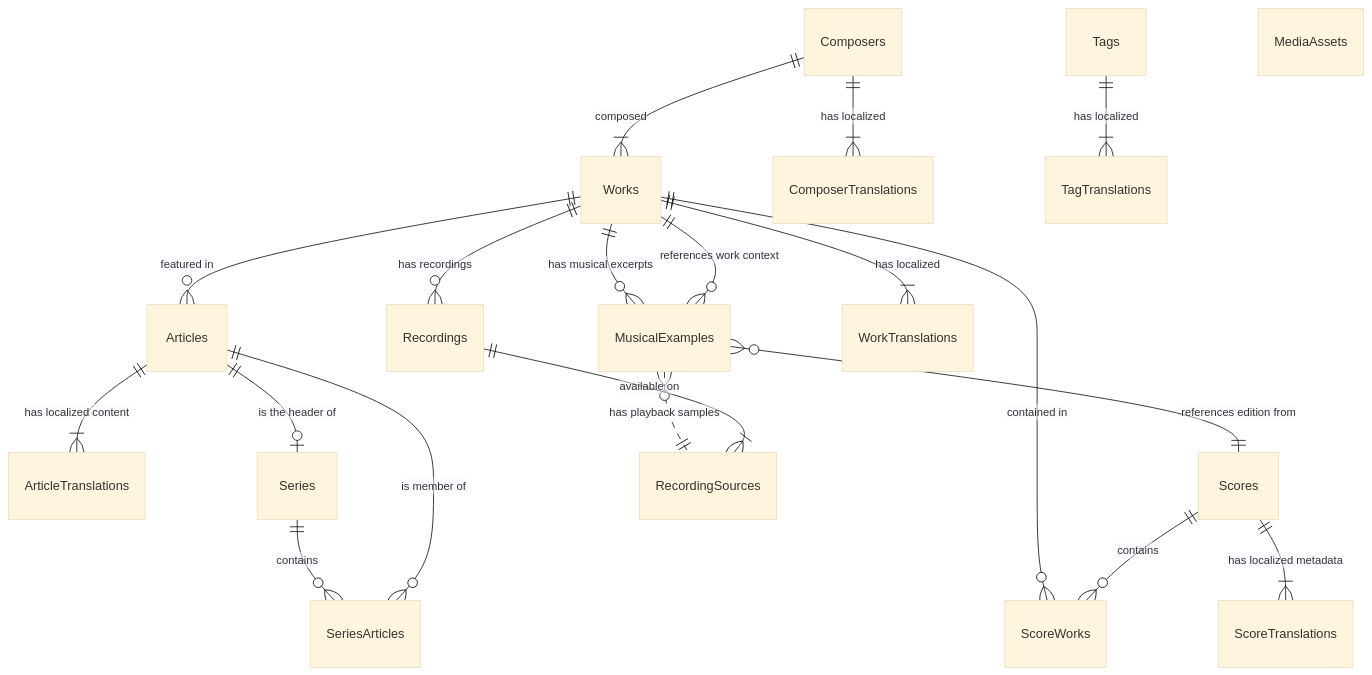
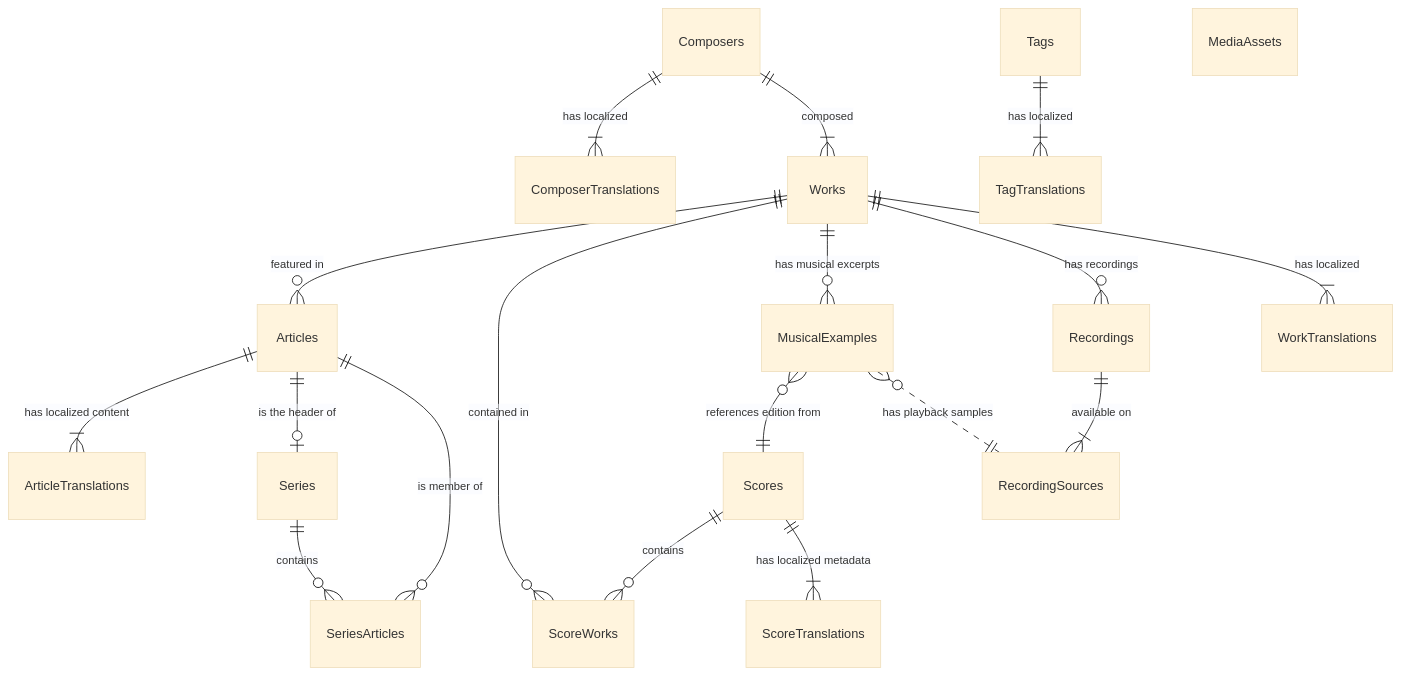
Before and after one commit to preludio-lab/preludio-lab: the first of 3 diagrams in docs/05_design/database-schema.md, drawn with Mermaid (base theme).

Commit message:
docs: ER図のWorks-MusicalExamples間の重複したリレーションを削除

````diff
--- a/docs/05_design/database-schema.md
+++ b/docs/05_design/database-schema.md
@@ -54,27 +54,26 @@
 ```mermaid
 erDiagram
     %% Core Tables: Articles & Series
     Works ||--o{ Articles : "featured in"
     Articles ||--|{ ArticleTranslations : "has localized content"
     Articles ||--o| Series : "is the header of"
     Series ||--o{ SeriesArticles : "contains"
     Articles ||--o{ SeriesArticles : "is member of"
 
     %% Asset Tables: Scores & Recordings
     Works ||--o{ ScoreWorks : "contained in"
     Scores ||--o{ ScoreWorks : "contains"
     Scores ||--|{ ScoreTranslations : "has localized metadata"
     Works ||--o{ MusicalExamples : "has musical excerpts"
     MusicalExamples }o--|| Scores : "references edition from"
-    MusicalExamples }o--|| Works : "references work context"
     MusicalExamples }o..|| RecordingSources : "has playback samples"
     Works ||--o{ Recordings : "has recordings"
     Recordings ||--|{ RecordingSources : "available on"
 
     %% Master Tables: Composers & Works
     Composers ||--|{ ComposerTranslations : "has localized"
     Composers ||--|{ Works : "composed"
     Works ||--|{ WorkTranslations : "has localized"
     Tags ||--|{ TagTranslations : "has localized"
     MediaAssets
 ```
````
